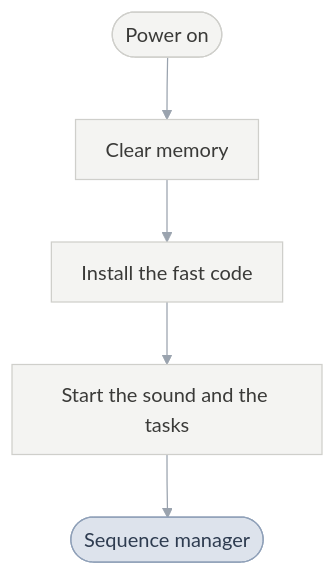
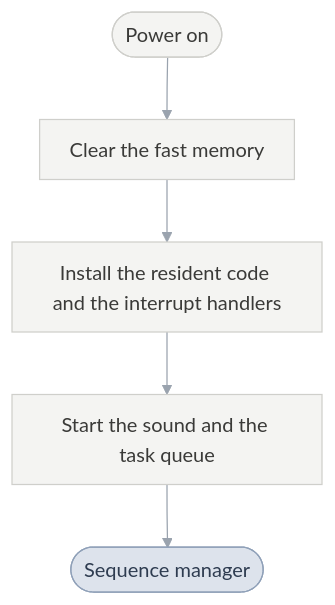
One commit to PascalPixel/alchemy changed the first of 7 diagrams in games/tbs/README.md. Above: the diagram before and after it, drawn with Mermaid. The commit also changed other lines of this file, not shown here.

First line of the commit message:
☀️ Front page: a general chart for each part, then one from Xian

````diff
--- a/games/tbs/README.md
+++ b/games/tbs/README.md
@@ -19,13 +22,13 @@
 ```mermaid
 %%{init: {"theme": "base", "themeVariables": {"lineColor": "#9AA3AE", "edgeLabelBackground": "#FFFFFF"}, "flowchart": {"curve": "basis", "padding": 12}}}%%
 flowchart TD
-  power(["Power on"]) --> memory["Clear memory"] --> irq["Install the fast code"]
-  irq --> services["Start the sound and the tasks"] --> seq(["Sequence manager"])
+  power(["Power on"]) --> memory["Clear the fast memory"] --> irq["Install the resident code and the interrupt handlers"]
+  irq --> services["Start the sound and the task queue"] --> seq(["Sequence manager"])
   classDef sequenceManager fill:#DDE3EC,stroke:#8FA0B8,color:#2E3C50
   classDef sceneSequence fill:#F6D5D2,stroke:#D9928B,color:#8A2A22
   classDef sceneManager fill:#D3EBD9,stroke:#8DC49E,color:#25603A
   classDef request fill:#FBE7C6,stroke:#E0B46A,color:#7A5212
   classDef step fill:#F4F4F2,stroke:#CFCFCB,color:#3A3A38
   class seq sequenceManager
   class power,memory,irq,services step
 ```
````
